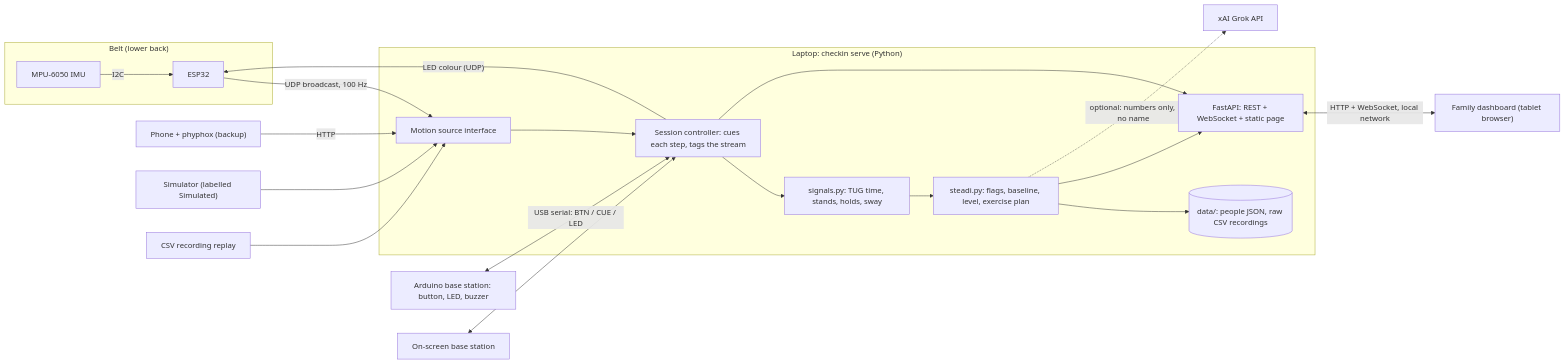
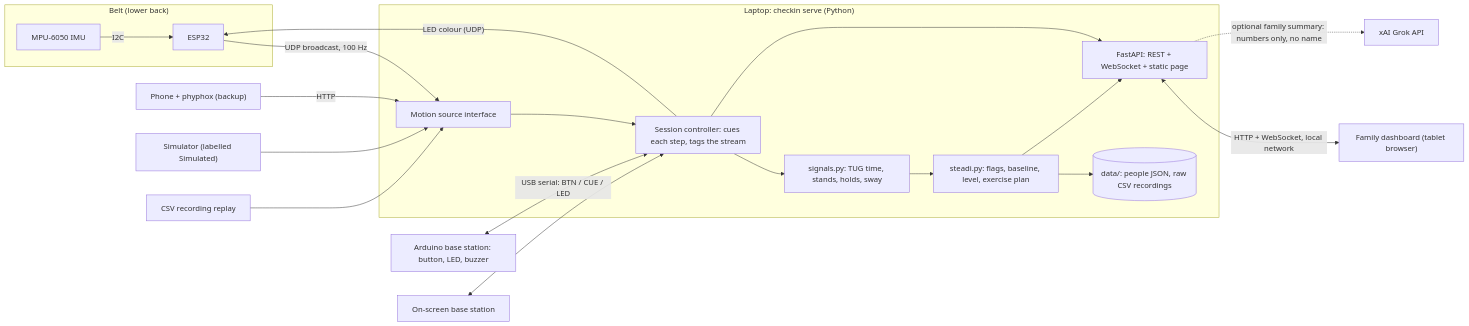
One commit to kevinyyin/Steadi changed the diagram in README.md. Above: the diagram before and after it, drawn with Mermaid. The commit also changed other lines of this file, not shown here.

Commit message:
docs: name the project Steady, cite the call-alarm stat, add team and repo, drop the dad naming

````diff
--- a/README.md
+++ b/README.md
@@ -45,33 +45,33 @@
 ```mermaid
 flowchart LR
     subgraph belt["Belt (lower back)"]
         imu["MPU-6050 IMU"] -->|I2C| esp["ESP32"]
     end
     phone["Phone + phyphox (backup)"]
     simsrc["Simulator (labelled Simulated)"]
     csv["CSV recording replay"]
 
     subgraph laptop["Laptop: checkin serve (Python)"]
         src["Motion source interface"]
         ctl["Session controller: cues each step, tags the stream"]
         sig["signals.py: TUG time, stands, holds, sway"]
         steadi["steadi.py: flags, baseline, level, exercise plan"]
         store[("data/: people JSON, raw CSV recordings")]
         api["FastAPI: REST + WebSocket + static page"]
         src --> ctl --> sig --> steadi --> store
         ctl --> api
         steadi --> api
     end
 
     esp -->|"UDP broadcast, 100 Hz"| src
     ctl -->|"LED colour (UDP)"| esp
     phone -->|HTTP| src
     simsrc --> src
     csv --> src
 
     base["Arduino base station: button, LED, buzzer"] <-->|"USB serial: BTN / CUE / LED"| ctl
     vbase["On-screen base station"] <--> ctl
 
     api <-->|"HTTP + WebSocket, local network"| tablet["Family dashboard (tablet browser)"]
-    steadi -.->|"optional: numbers only, no name"| grok["xAI Grok API"]
+    api -.->|"optional family summary: numbers only, no name"| grok["xAI Grok API"]
 ```
````
